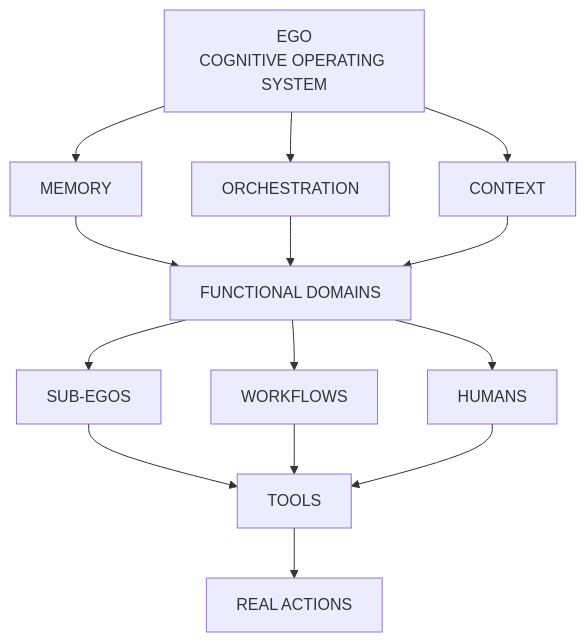
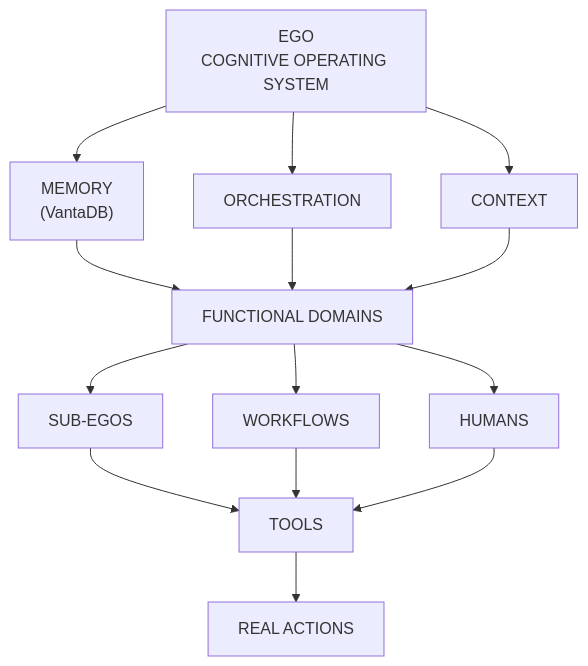
The diagram in docs/architecture/dominios-funcionales.md (ness-e/Ego), drawn with Mermaid before and after one commit. The commit also changed other lines of this file and 27 other files, not shown here.

````diff
--- a/docs/architecture/dominios-funcionales.md
+++ b/docs/architecture/dominios-funcionales.md
@@ -76,20 +76,20 @@
 ```mermaid
 flowchart TD
-    Ego["EGO\nCOGNITIVE OPERATING SYSTEM"] --> OS1["MEMORY"]
+    Ego["EGO\nCOGNITIVE OPERATING SYSTEM"] --> OS1["MEMORY\n(VantaDB)"]
     Ego --> OS2["ORCHESTRATION"]
     Ego --> OS3["CONTEXT"]
     
     OS1 --> FD["FUNCTIONAL DOMAINS"]
     OS2 --> FD
     OS3 --> FD
     
     FD --> W1["SUB-EGOS"]
     FD --> W2["WORKFLOWS"]
     FD --> W3["HUMANS"]
     
     W1 --> T["TOOLS"]
     W2 --> T
     W3 --> T
     
     T --> RA["REAL ACTIONS"]
 ```
````
